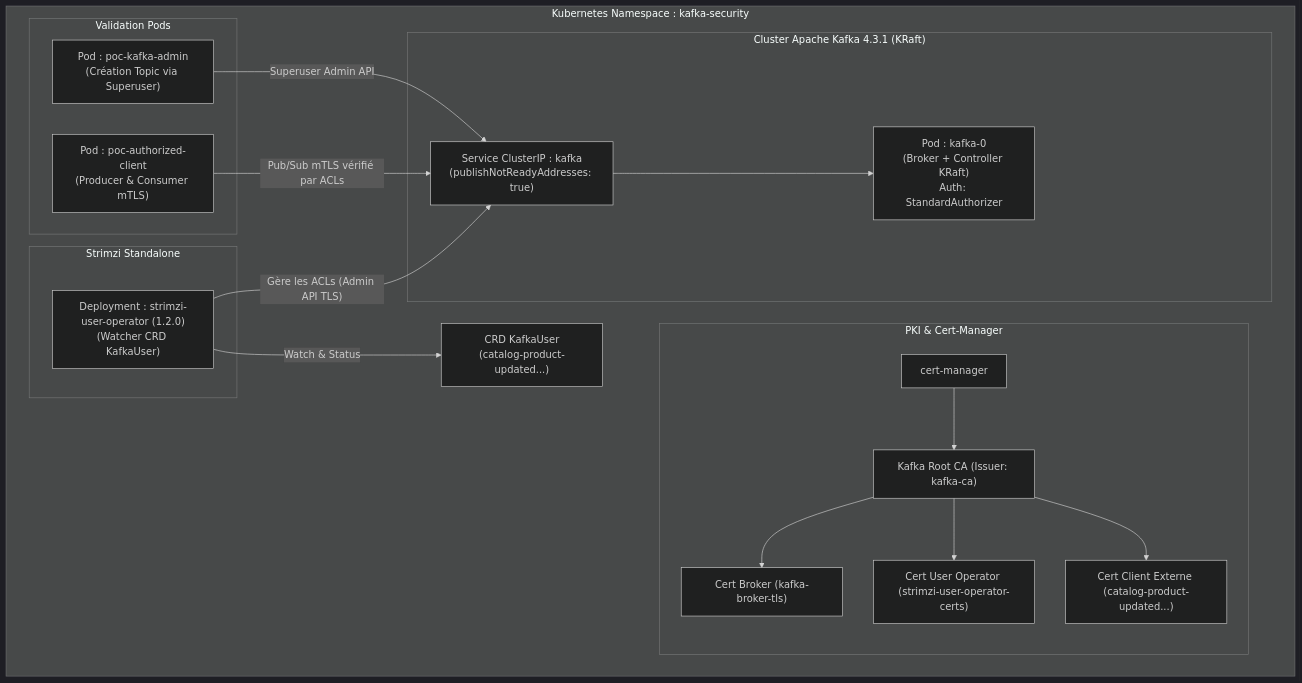
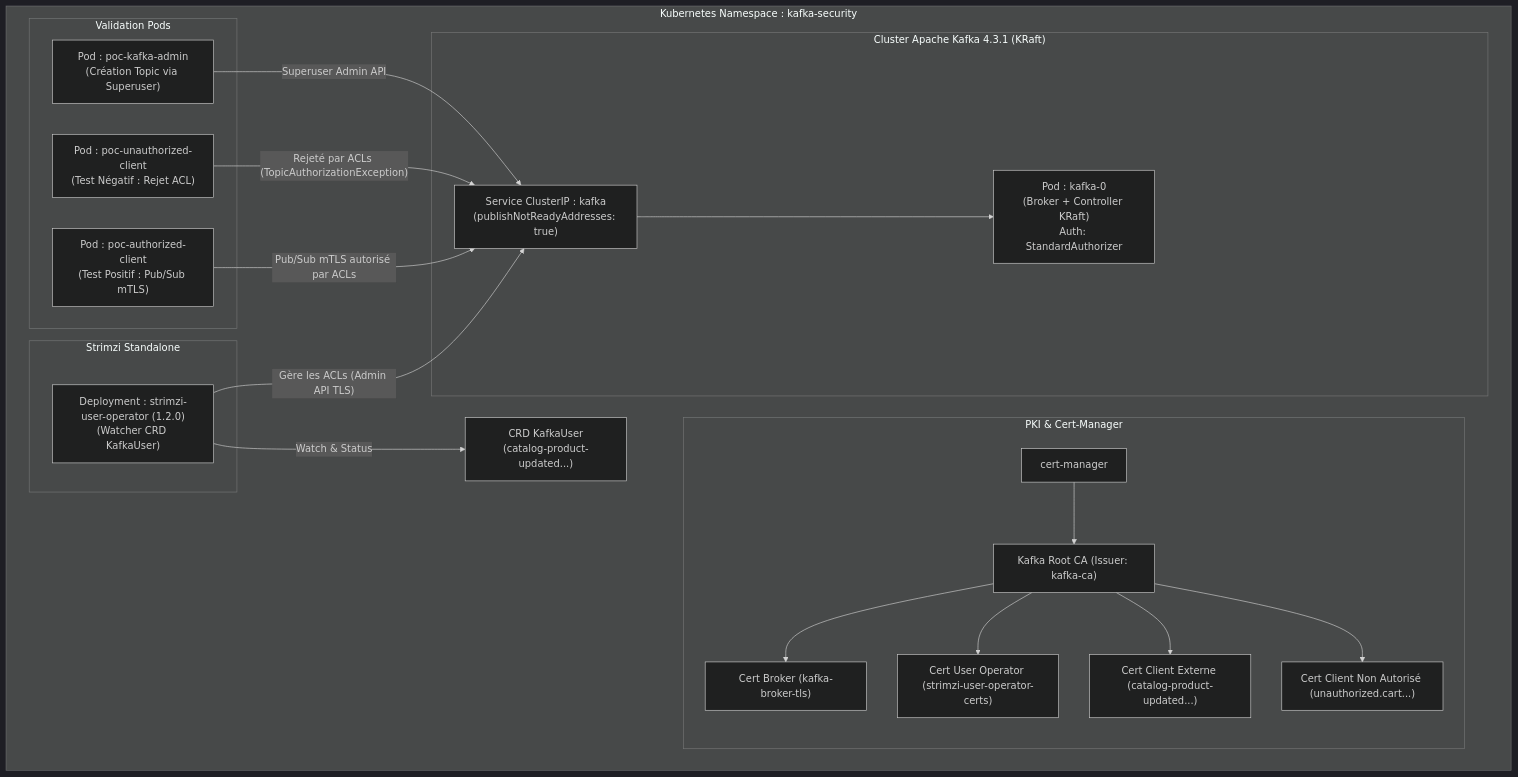
The first of 2 diagrams in README.md (azman0101/kafka-poc), drawn with Mermaid (dark theme) before and after one commit. The commit also changed other lines of this file and 1 other file, not shown here.

````diff
--- a/README.md
+++ b/README.md
@@ -20,31 +20,34 @@
 ```mermaid
 flowchart TD
     subgraph K8S["Kubernetes Namespace : kafka-security"]
         subgraph PKI["PKI & Cert-Manager"]
             CM["cert-manager"] --> CA["Kafka Root CA (Issuer: kafka-ca)"]
             CA --> CERT_BROKER["Cert Broker (kafka-broker-tls)"]
             CA --> CERT_UO["Cert User Operator (strimzi-user-operator-certs)"]
             CA --> CERT_USER["Cert Client Externe (catalog-product-updated...)"]
+            CA --> CERT_UNAUTH["Cert Client Non Autorisé (unauthorized.cart...)"]
         end
 
         subgraph KAFKA_CLUSTER["Cluster Apache Kafka 4.3.1 (KRaft)"]
             SVC["Service ClusterIP : kafka\n(publishNotReadyAddresses: true)"]
             KAFKA_POD["Pod : kafka-0\n(Broker + Controller KRaft)\nAuth: StandardAuthorizer"]
             SVC --> KAFKA_POD
         end
 
         subgraph STRIMZI["Strimzi Standalone"]
             UO["Deployment : strimzi-user-operator (1.2.0)\n(Watcher CRD KafkaUser)"]
         end
 
         subgraph CLIENTS["Validation Pods"]
             ADMIN_POD["Pod : poc-kafka-admin\n(Création Topic via Superuser)"]
-            CLIENT_POD["Pod : poc-authorized-client\n(Producer & Consumer mTLS)"]
+            UNAUTH_POD["Pod : poc-unauthorized-client\n(Test Négatif : Rejet ACL)"]
+            CLIENT_POD["Pod : poc-authorized-client\n(Test Positif : Pub/Sub mTLS)"]
         end
 
         UO -- "Gère les ACLs (Admin API TLS)" --> SVC
         ADMIN_POD -- "Superuser Admin API" --> SVC
-        CLIENT_POD -- "Pub/Sub mTLS vérifié par ACLs" --> SVC
+        UNAUTH_POD -- "Rejeté par ACLs (TopicAuthorizationException)" --> SVC
+        CLIENT_POD -- "Pub/Sub mTLS autorisé par ACLs" --> SVC
         UO -- "Watch & Status" --> KU["CRD KafkaUser\n(catalog-product-updated...)"]
     end
 ```
````
